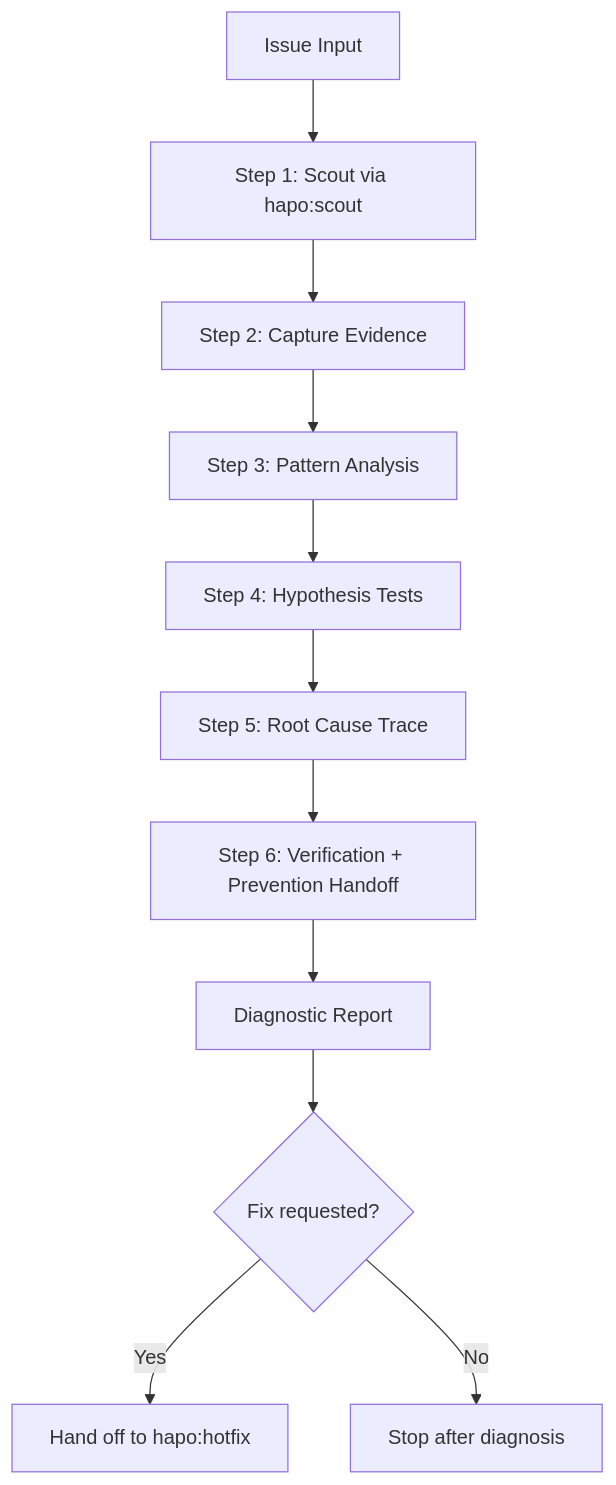
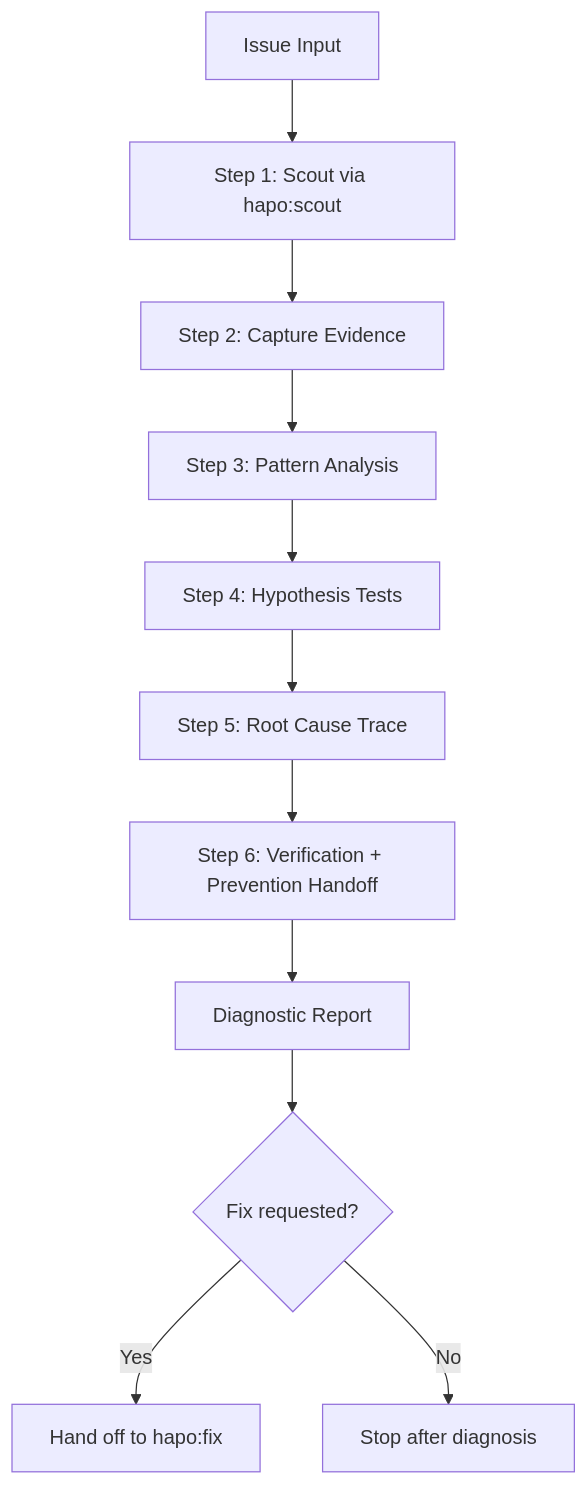
Before and after one commit to hapo-nghialuu/antigravity-kit: the diagram in packages/spec/src/claude/skills/debug/SKILL.md, drawn with Mermaid. The commit also changed other lines of this file and 15 other files, not shown here.

````diff
--- a/packages/spec/src/claude/skills/debug/SKILL.md
+++ b/packages/spec/src/claude/skills/debug/SKILL.md
@@ -67,13 +67,13 @@
 ```mermaid
 flowchart TD
     A[Issue Input] --> B[Step 1: Scout via hapo:scout]
     B --> C[Step 2: Capture Evidence]
     C --> D[Step 3: Pattern Analysis]
     D --> E[Step 4: Hypothesis Tests]
     E --> F[Step 5: Root Cause Trace]
     F --> G[Step 6: Verification + Prevention Handoff]
     G --> H[Diagnostic Report]
     H --> I{Fix requested?}
-    I -->|Yes| J[Hand off to hapo:hotfix]
+    I -->|Yes| J[Hand off to hapo:fix]
     I -->|No| K[Stop after diagnosis]
 ```
````
